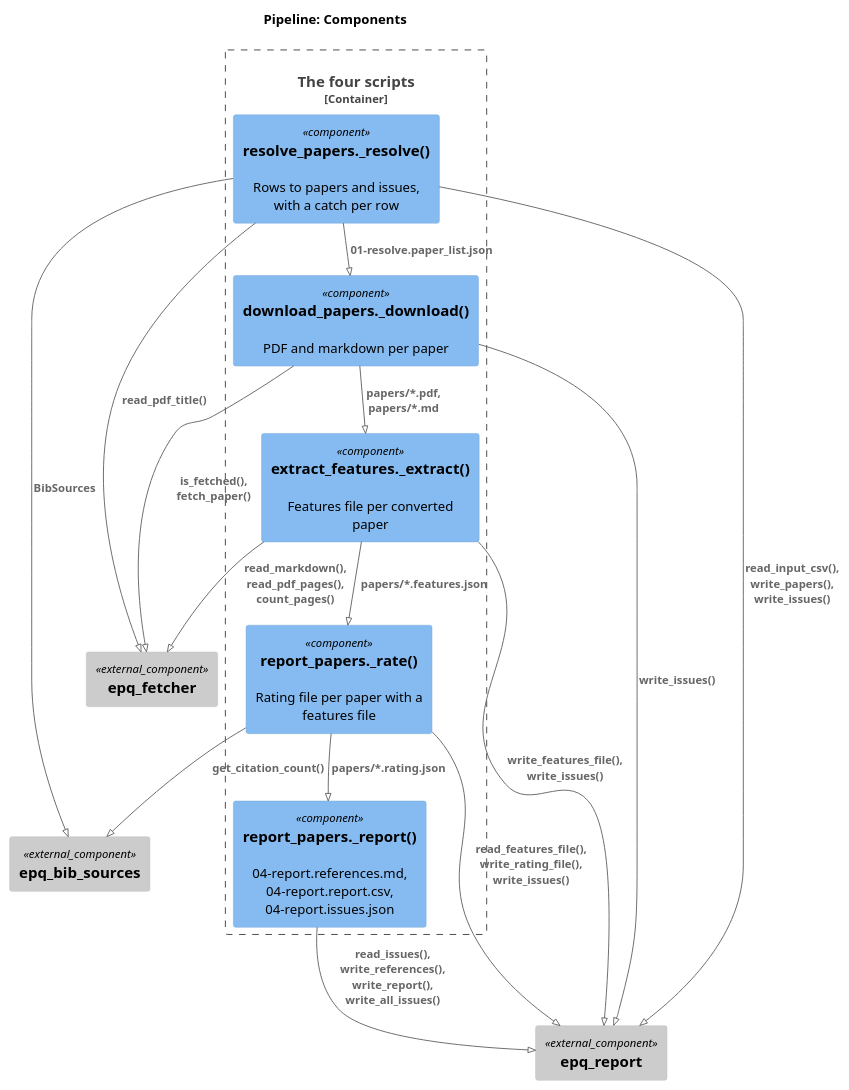
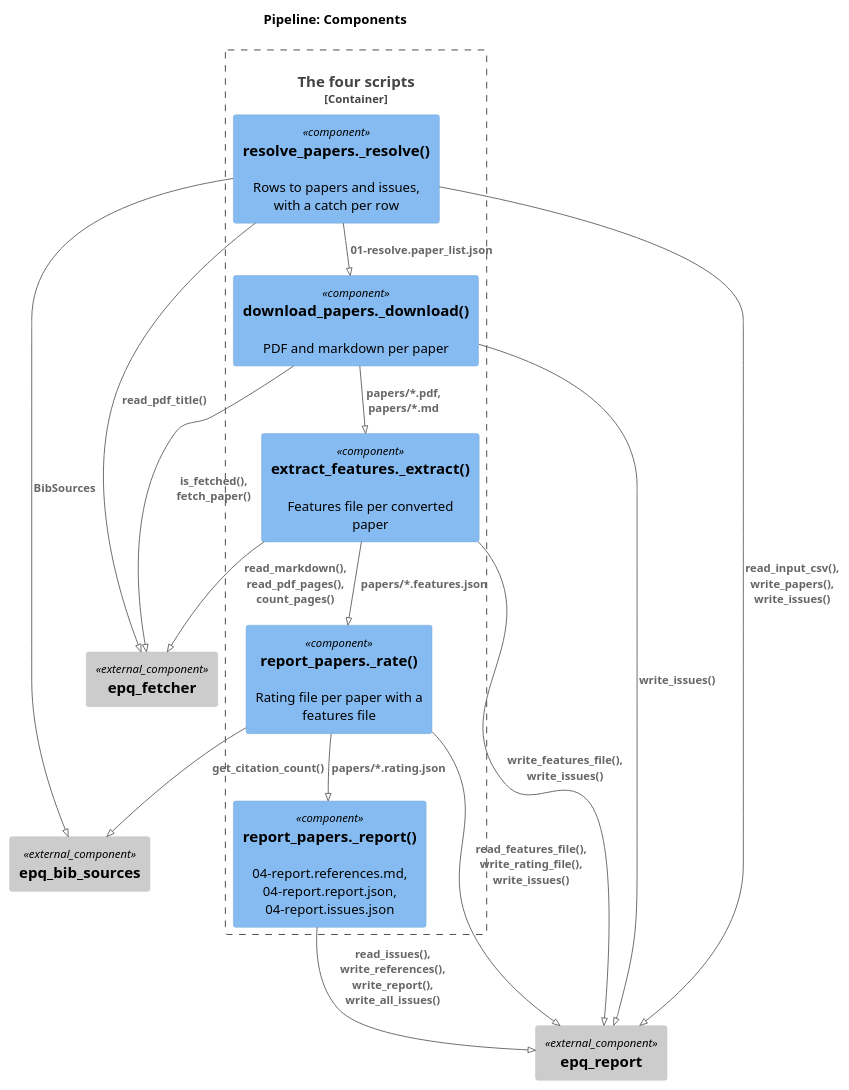
Before and after one commit to gpsaggese/gpsaggese.github.io: the diagram in research/Estimate_academic_paper_quality/docs/02.1-design.pipeline.md, drawn with PlantUML. The commit also changed other lines of this file and 47 other files, not shown here.

````diff
--- a/research/Estimate_academic_paper_quality/docs/02.1-design.pipeline.md
+++ b/research/Estimate_academic_paper_quality/docs/02.1-design.pipeline.md
@@ -40,30 +40,30 @@
 ```plantuml
 !pragma layout smetana
 !include <C4/C4_Component>
 LAYOUT_TOP_DOWN()
 title Pipeline: Components
 Container_Boundary(p, "The four scripts") {
   Component(res, "resolve_papers._resolve()", "", "Rows to papers and issues, with a catch per row")
   Component(dl, "download_papers._download()", "", "PDF and markdown per paper")
   Component(ex, "extract_features._extract()", "", "Features file per converted paper")
   Component(rate, "report_papers._rate()", "", "Rating file per paper with a features file")
-  Component(rep, "report_papers._report()", "", "04-report.references.md, 04-report.report.csv, 04-report.issues.json")
+  Component(rep, "report_papers._report()", "", "04-report.references.md, 04-report.report.json, 04-report.issues.json")
 }
 Component_Ext(fetcher, "epq_fetcher", "", "")
 Component_Ext(report, "epq_report", "", "")
 Component_Ext(bib, "epq_bib_sources", "", "")
 Rel(res, dl, "01-resolve.paper_list.json")
 Rel(dl, ex, "papers/*.pdf, papers/*.md")
 Rel(ex, rate, "papers/*.features.json")
 Rel(rate, rep, "papers/*.rating.json")
 Rel(res, fetcher, "read_pdf_title()")
 Rel(res, bib, "BibSources")
 Rel(dl, fetcher, "is_fetched(), fetch_paper()")
 Rel(ex, fetcher, "read_markdown(), read_pdf_pages(), count_pages()")
 Rel(rate, bib, "get_citation_count()")
 Rel(res, report, "read_input_csv(), write_papers(), write_issues()")
 Rel(dl, report, "write_issues()")
 Rel(ex, report, "write_features_file(), write_issues()")
 Rel(rate, report, "read_features_file(), write_rating_file(), write_issues()")
 Rel(rep, report, "read_issues(), write_references(), write_report(), write_all_issues()")
 ```
````
